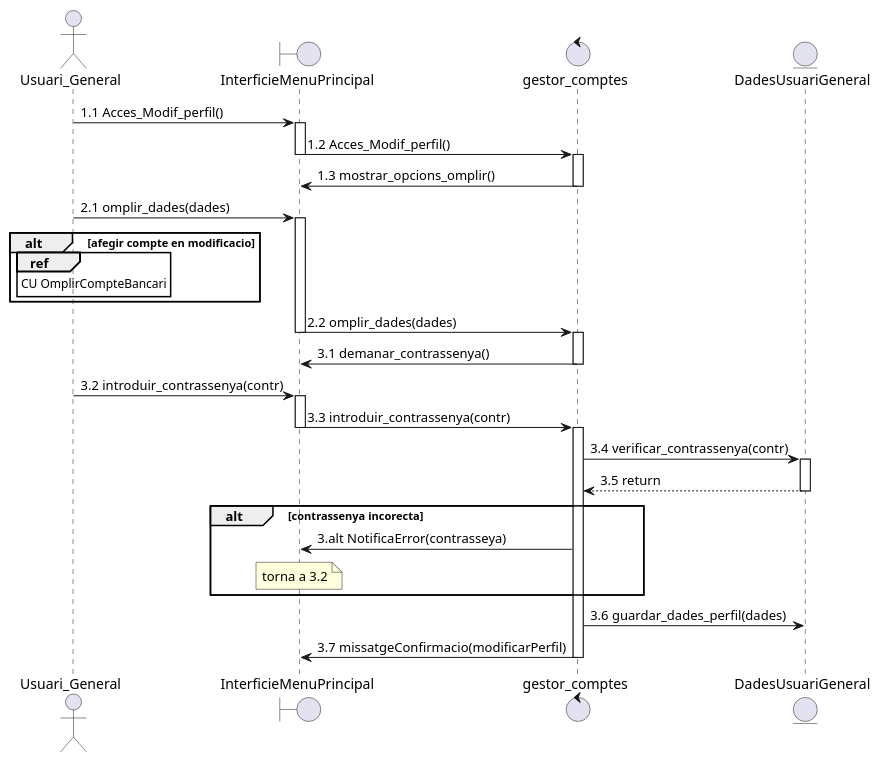
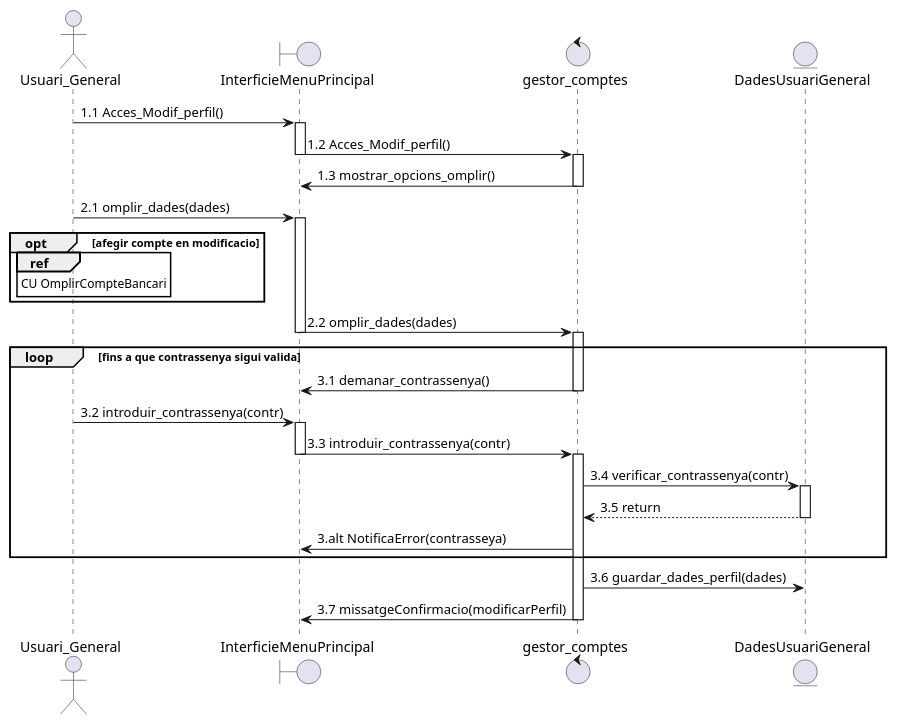
One commit to martipages/ES23UAB431-02 changed the diagram in documents/Diagrames i Especificacions/Seqüencia/ALEJANDRO/6- Modificar perfil.puml. Above: the diagram before and after it, drawn with PlantUML. The commit also changed 11 other files, not shown here.

```diff
--- a/documents/Diagrames i Especificacions/Seqüencia/ALEJANDRO/6- Modificar perfil.puml
+++ b/documents/Diagrames i Especificacions/Seqüencia/ALEJANDRO/6- Modificar perfil.puml
@@ -1,31 +1,30 @@
 @startuml
 
 actor Usuari_General as Usuari
 boundary InterficieMenuPrincipal as interficie
 control gestor_comptes as gestor
 entity DadesUsuariGeneral as dades
 
 Usuari -> interficie ++ : 1.1 Acces_Modif_perfil()
 interficie -> gestor --++ : 1.2 Acces_Modif_perfil()
 gestor -> interficie-- : 1.3 mostrar_opcions_omplir()
 
 Usuari -> interficie ++ : 2.1 omplir_dades(dades)
-alt afegir compte en modificacio
+opt afegir compte en modificacio
 ref over Usuari : CU OmplirCompteBancari
 end
 interficie -> gestor --++ : 2.2 omplir_dades(dades)
 
+loop fins a que contrassenya sigui valida
 gestor -> interficie -- : 3.1 demanar_contrassenya()
 Usuari -> interficie ++  : 3.2 introduir_contrassenya(contr)
 interficie -> gestor --++ : 3.3 introduir_contrassenya(contr)
 gestor -> dades ++ : 3.4 verificar_contrassenya(contr)
 dades --> gestor -- : 3.5 return
-alt contrassenya incorecta
 gestor -> interficie : 3.alt NotificaError(contrasseya)
-note over interficie : torna a 3.2
 end
 gestor -> dades : 3.6 guardar_dades_perfil(dades)
 gestor -> interficie -- : 3.7 missatgeConfirmacio(modificarPerfil)
 
 
 @enduml
```
